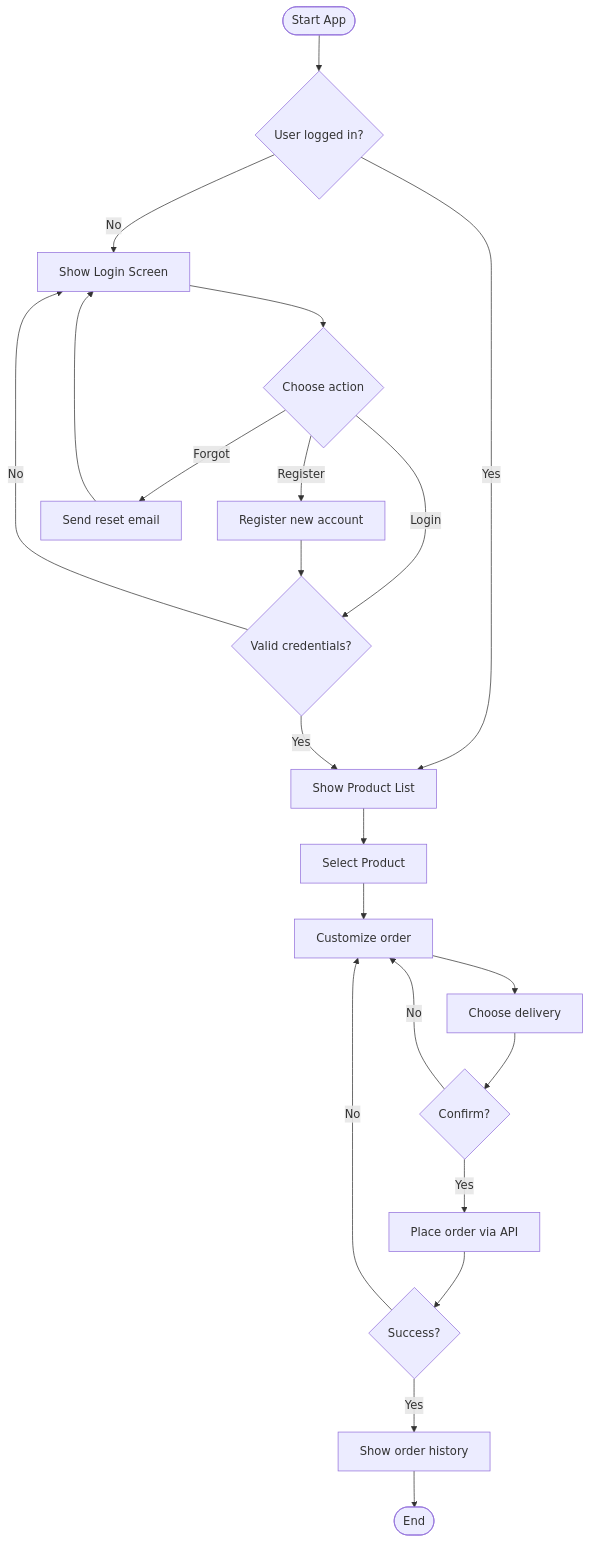
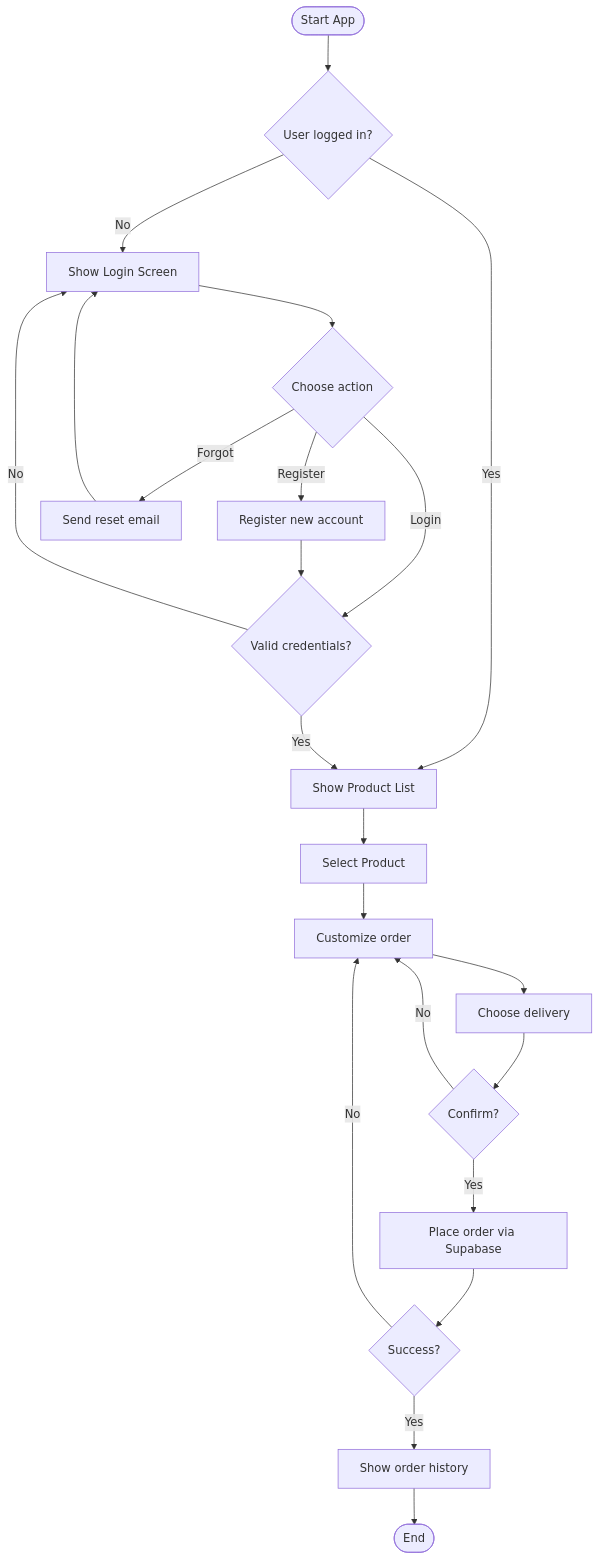
Before and after one commit to Fathima-Asna/ICBT-MAD-Assignment: the sixth of 8 diagrams in README.md, drawn with Mermaid. The commit also changed other lines of this file and 69 other files, not shown here.

````diff
--- a/README.md
+++ b/README.md
@@ -459,28 +344,28 @@
 ```mermaid
 flowchart TD
     Start([Start App]) --> CheckAuth{User logged in?}
     CheckAuth -- No --> Login[Show Login Screen]
     CheckAuth -- Yes --> Home[Show Product List]
 
     Login --> Action{Choose action}
     Action -- Register --> Register[Register new account]
     Action -- Login --> Validate{Valid credentials?}
     Action -- Forgot --> Reset[Send reset email]
 
     Register --> Validate
     Reset --> Login
 
     Validate -- No --> Login
     Validate -- Yes --> Home
 
     Home --> SelectProduct[Select Product]
     SelectProduct --> Customize[Customize order]
     Customize --> Delivery[Choose delivery]
     Delivery --> Confirm{Confirm?}
     Confirm -- No --> Customize
-    Confirm -- Yes --> PlaceOrder[Place order via API]
+    Confirm -- Yes --> PlaceOrder[Place order via Supabase]
     PlaceOrder --> Success{Success?}
     Success -- No --> Customize
     Success -- Yes --> History[Show order history]
     History --> End([End])
 ```
````
